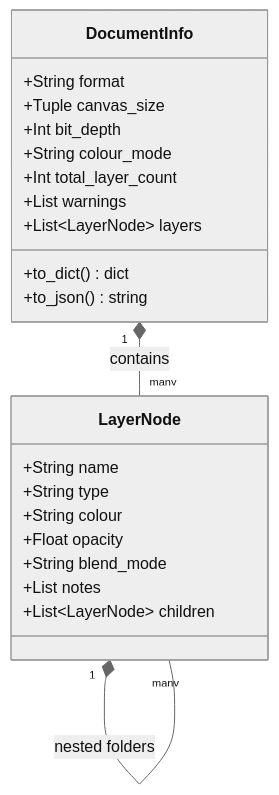
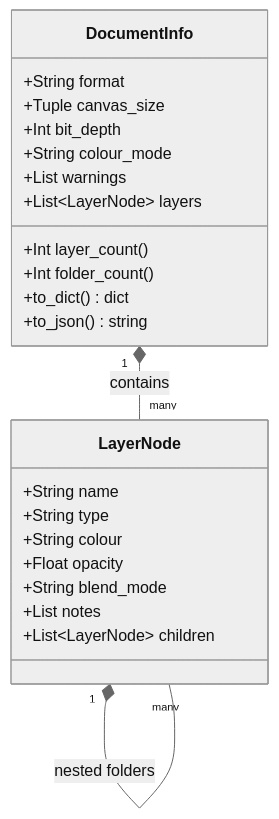
One commit to cuarentaysiete/ca-pa changed the second of 3 diagrams in README.md. Above: the diagram before and after it, drawn with Mermaid (neutral theme). The commit also changed other lines of this file and 9 other files, not shown here.

````diff
--- a/README.md
+++ b/README.md
@@ -118,27 +125,28 @@
 ```mermaid
 classDiagram
     class DocumentInfo {
         +String format
         +Tuple canvas_size
         +Int bit_depth
         +String colour_mode
-        +Int total_layer_count
+        +Int layer_count()
+        +Int folder_count()
         +List warnings
         +List~LayerNode~ layers
         +to_dict() dict
         +to_json() string
     }
     
     class LayerNode {
         +String name
         +String type
         +String colour
         +Float opacity
         +String blend_mode
         +List notes
         +List~LayerNode~ children
     }
     
     DocumentInfo "1" *-- "many" LayerNode : contains
     LayerNode "1" *-- "many" LayerNode : nested folders
 ```
````
